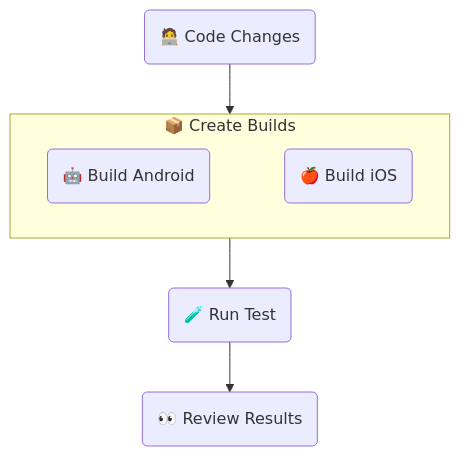
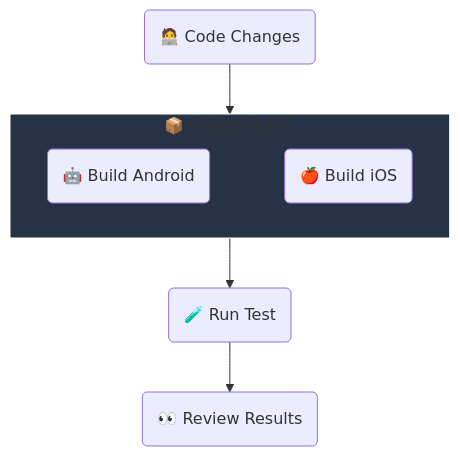
Before and after one commit to sherlo-io/sherlo: the diagram in examples/standard/README.md, drawn with Mermaid. The commit also changed 1 other file, not shown here.

Commit message:
no message

````diff
--- a/examples/standard/README.md
+++ b/examples/standard/README.md
@@ -14,15 +14,16 @@
 ```mermaid
 flowchart TB
    UI(🧑‍💻 Code Changes)
    subgraph Build[📦 Create Builds]
       Android(🤖 Build Android)
       iOS(🍎 Build iOS)
       Android ~~~ iOS
+      style Build fill:#263347,stroke:#FFF
    end
    Test(🧪 Run Test)
    Review(👀 Review Results)
 
    UI --> Build
    Build --> Test
    Test --> Review
 ```
````
